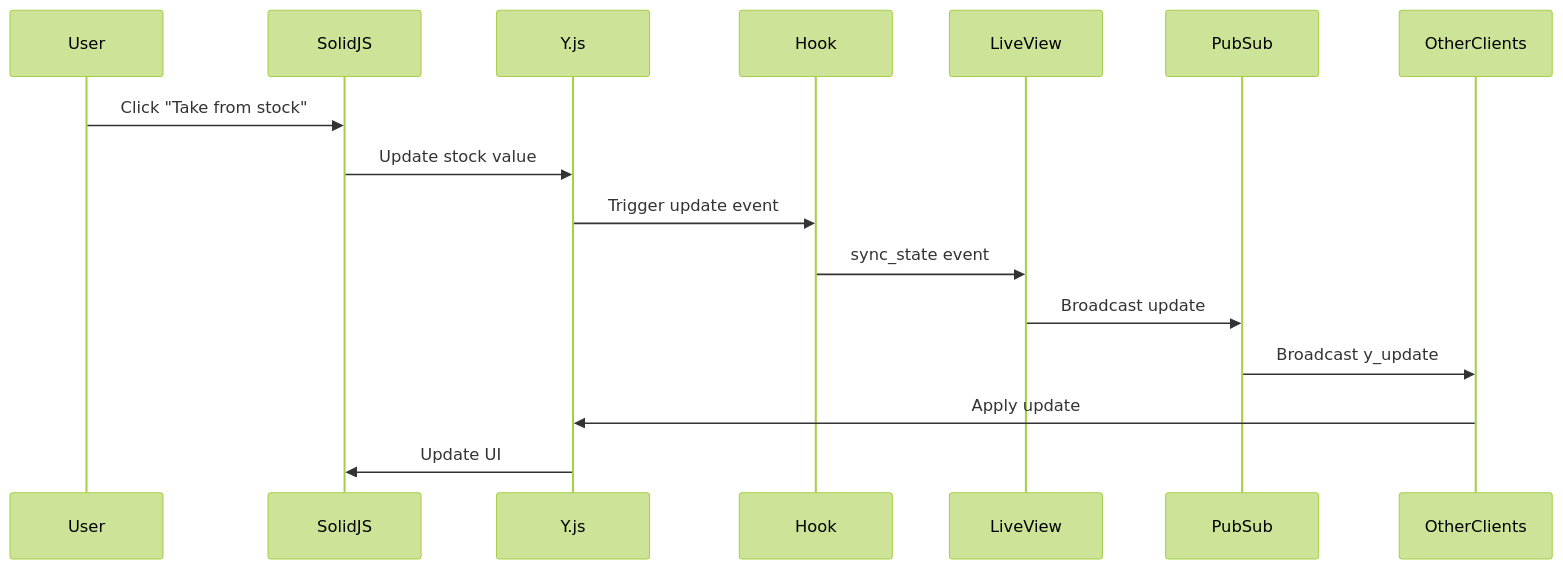
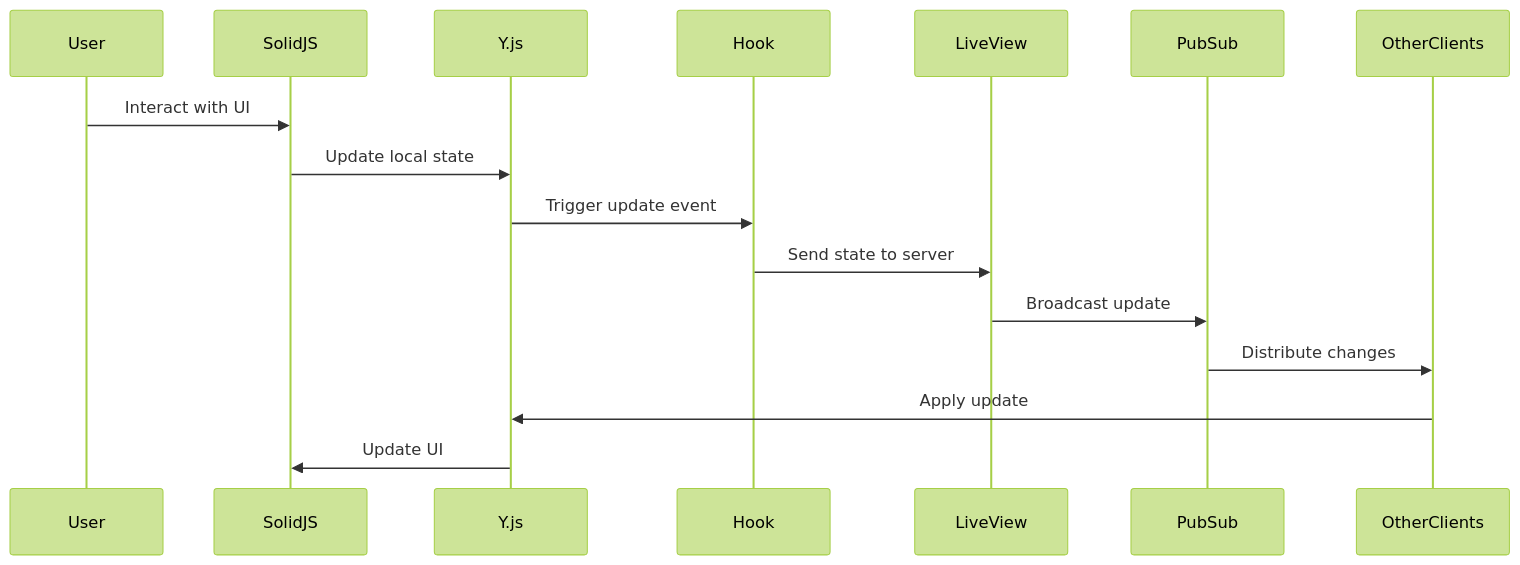
One commit to dwyl/PWA-Liveview changed the second of 2 diagrams in README.md. Above: the diagram before and after it, drawn with Mermaid (forest theme). The commit also changed other lines of this file and 13 other files, not shown here.

````diff
--- a/README.md
+++ b/README.md
@@ -1599,19 +499,20 @@
-   ```mermaid
-   sequenceDiagram
+```mermaid
+sequenceDiagram
     participant User
+
     participant SolidJS
     participant Y.js
     participant Hook
     participant LiveView
     participant PubSub
     participant OtherClients
 
-    User->>SolidJS: Click "Take from stock"
-    SolidJS->>Y.js: Update stock value
+    User->>SolidJS: Interact with UI
+    SolidJS->>Y.js: Update local state
     Y.js->>Hook: Trigger update event
-    Hook->>LiveView: sync_state event
+    Hook->>LiveView: Send state to server
     LiveView->>PubSub: Broadcast update
-    PubSub->>OtherClients: Broadcast y_update
+    PubSub->>OtherClients: Distribute changes
     OtherClients->>Y.js: Apply update
     Y.js->>SolidJS: Update UI
-   ```
+```
````
